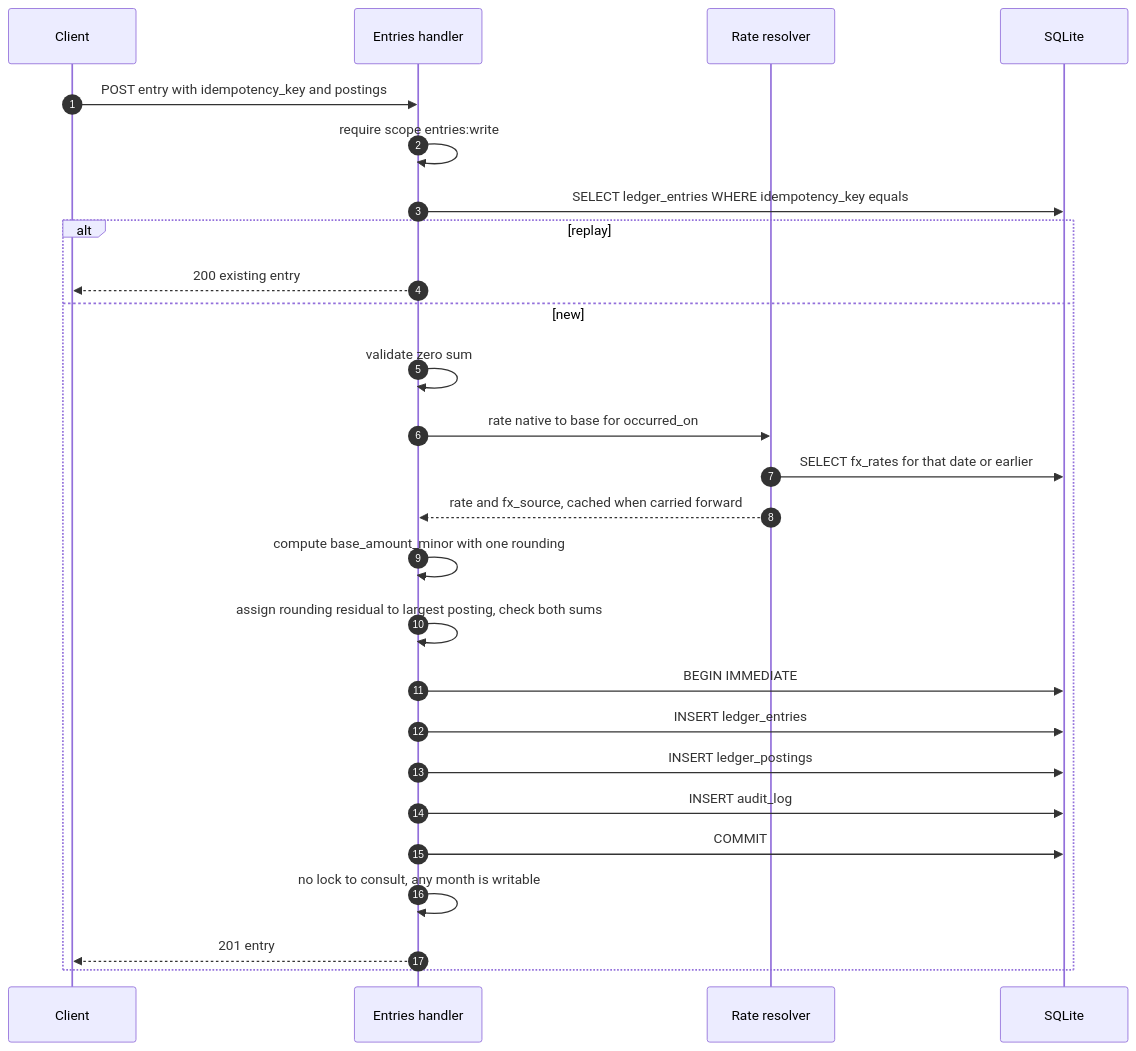
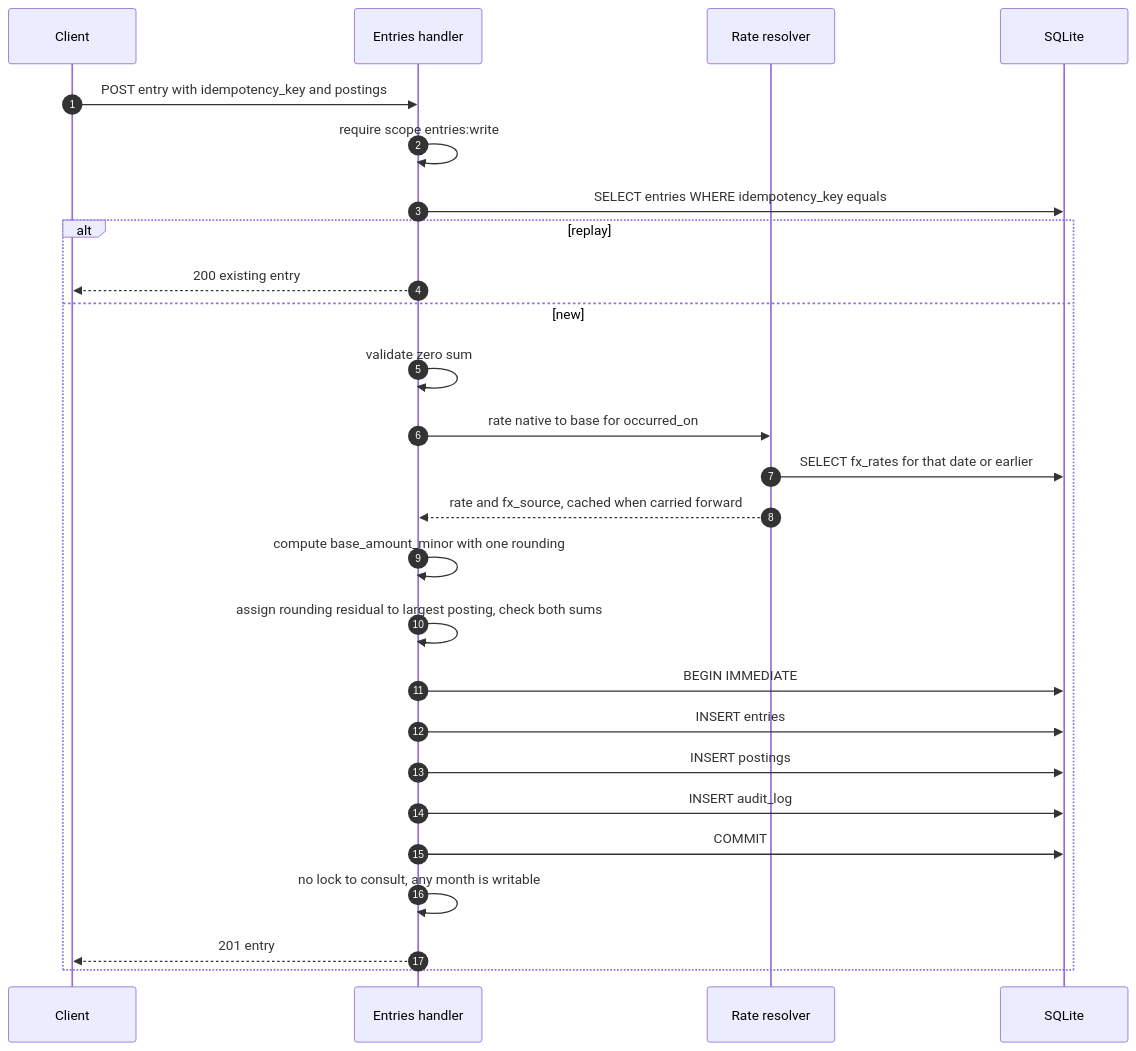
One commit to dimasbaguspm/spenicle changed the ninth of 20 diagrams in docs/v2-api.md. Above: the diagram before and after it, drawn with Mermaid. The commit also changed other lines of this file and 113 other files, not shown here.

Commit message:
refactor(api)!: rename void to reverse and the ledger tables

````diff
--- a/docs/v2-api.md
+++ b/docs/v2-api.md
@@ -731,28 +731,28 @@
 ```mermaid
 sequenceDiagram
     autonumber
     participant C as Client
     participant API as Entries handler
     participant FX as Rate resolver
     participant DB as SQLite
     C->>API: POST entry with idempotency_key and postings
     API->>API: require scope entries:write
-    API->>DB: SELECT ledger_entries WHERE idempotency_key equals
+    API->>DB: SELECT entries WHERE idempotency_key equals
     alt replay
         API-->>C: 200 existing entry
     else new
         API->>API: validate zero sum
         API->>FX: rate native to base for occurred_on
         FX->>DB: SELECT fx_rates for that date or earlier
         FX-->>API: rate and fx_source, cached when carried forward
         API->>API: compute base_amount_minor with one rounding
         API->>API: assign rounding residual to largest posting, check both sums
         API->>DB: BEGIN IMMEDIATE
-        API->>DB: INSERT ledger_entries
-        API->>DB: INSERT ledger_postings
+        API->>DB: INSERT entries
+        API->>DB: INSERT postings
         API->>DB: INSERT audit_log
         API->>DB: COMMIT
         API->>API: no lock to consult, any month is writable
         API-->>C: 201 entry
     end
 ```
````
